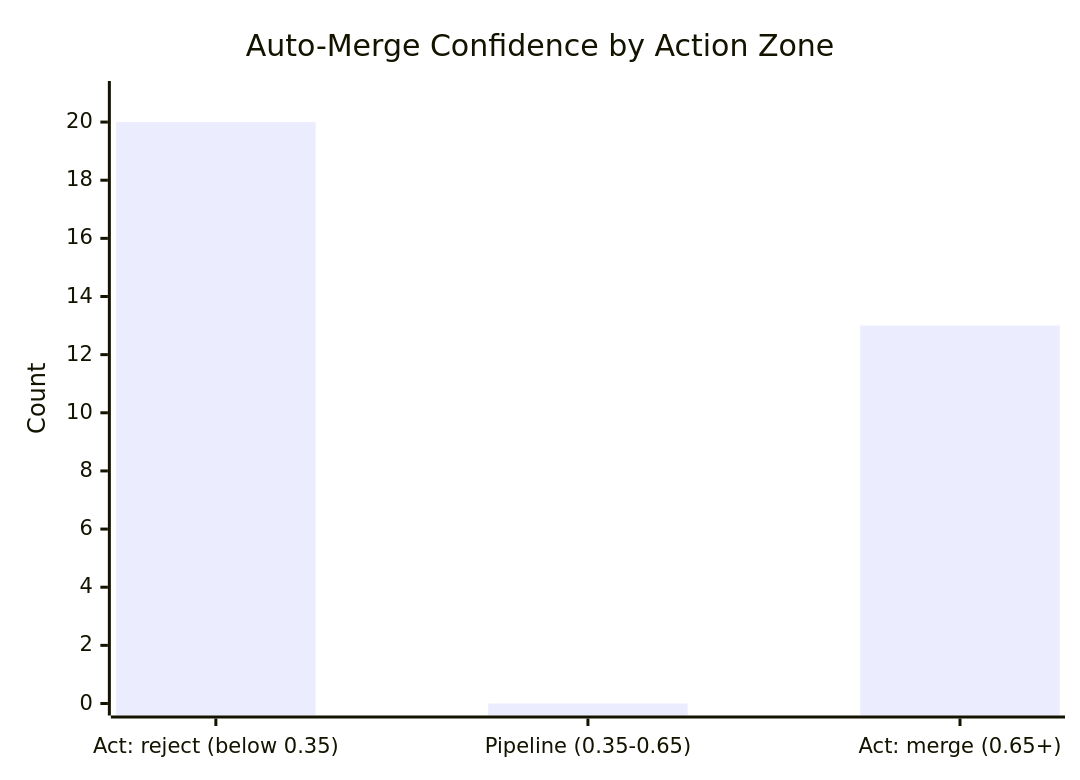
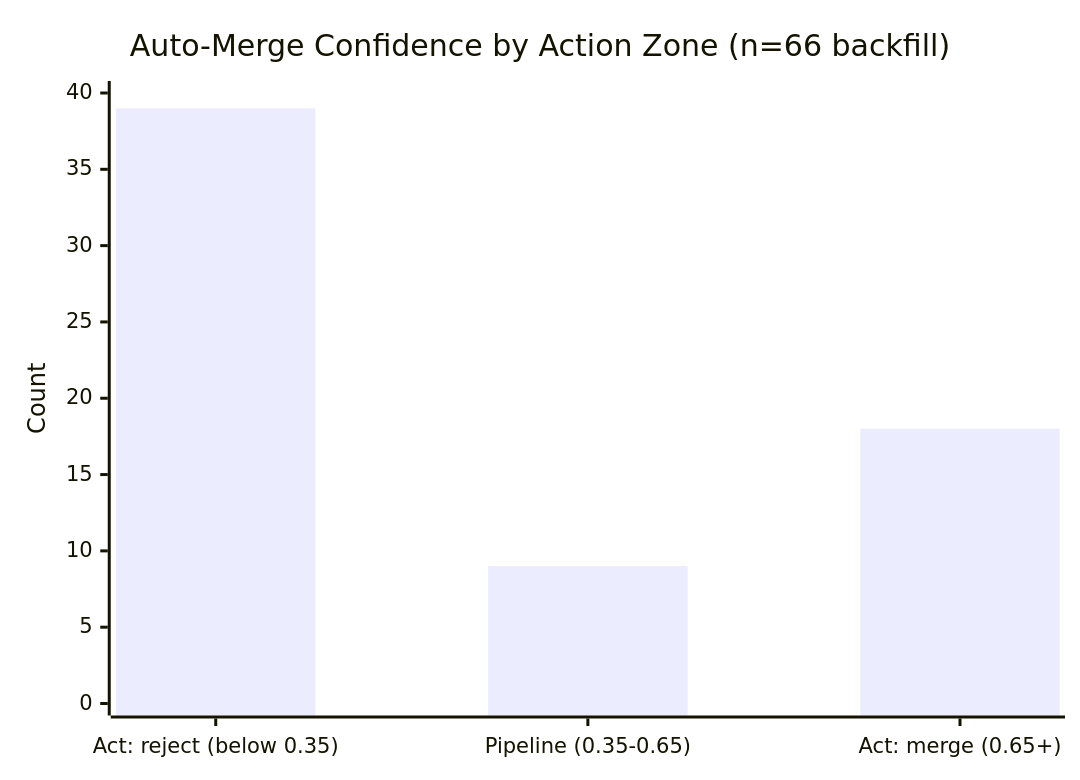
Before and after one commit to Sanctum-Origo-Systems/autoloop: the fifth of 6 diagrams in JEV.md, drawn with Mermaid. The commit also changed other lines of this file, not shown here.

````diff
--- a/JEV.md
+++ b/JEV.md
@@ -79,7 +81,7 @@
 ```mermaid
 xychart-beta
-    title "Auto-Merge Confidence by Action Zone"
+    title "Auto-Merge Confidence by Action Zone (n=66 backfill)"
     x-axis ["Act: reject (below 0.35)", "Pipeline (0.35-0.65)", "Act: merge (0.65+)"]
-    y-axis "Count" 0 --> 21
-    bar [20, 0, 13]
+    y-axis "Count" 0 --> 40
+    bar [39, 9, 18]
 ```
````
